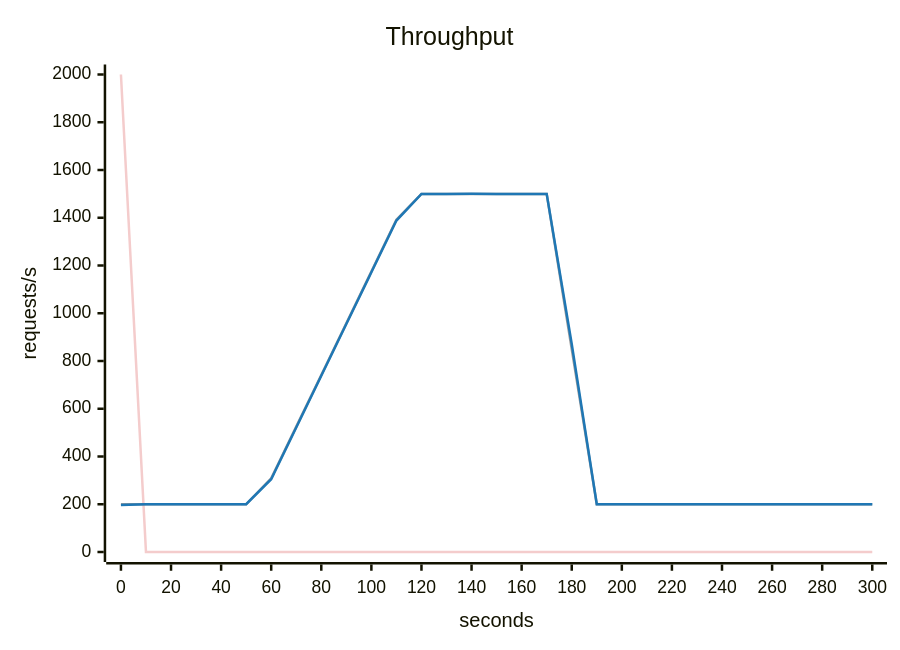
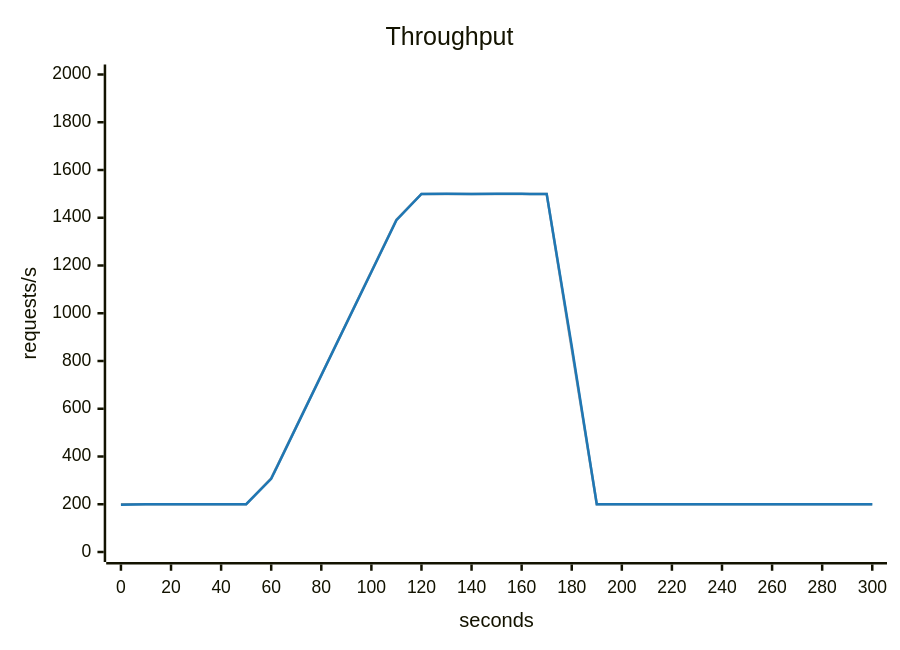
The second of 5 diagrams in scenarios/flash-sale/solutions/queue-the-orders/report.md (akinfemi/load-lore), drawn with Mermaid before and after one commit. The commit also changed other lines of this file and 125 other files, not shown here.

````diff
--- a/scenarios/flash-sale/solutions/queue-the-orders/report.md
+++ b/scenarios/flash-sale/solutions/queue-the-orders/report.md
@@ -42,16 +42,15 @@
 ```mermaid
 ---
 config:
   themeVariables:
     xyChart:
       backgroundColor: "transparent"
-      plotColorPalette: "#f4cccc, #9e9e9e, #1f77b4"
+      plotColorPalette: "#9e9e9e, #1f77b4"
 ---
 xychart-beta
     title "Throughput"
     x-axis "seconds" 0 --> 300
     y-axis "requests/s" 0 --> 2000
-    line [2000, 0, 0, 0, 0, 0, 0, 0, 0, 0, 0, 0, 0, 0, 0, 0, 0, 0, 0, 0, 0, 0, 0, 0, 0, 0, 0, 0, 0, 0, 0]
     line [200, 200, 200, 200, 200, 200, 308.333, 525, 741.667, 958.333, 1175, 1391.667, 1500, 1500, 1500, 1500, 1500, 1500, 850, 200, 200, 200, 200, 200, 200, 200, 200, 200, 200, 200, 200]
-    line [196.837, 200.003, 199.922, 200.189, 199.845, 199.986, 304.849, 521.481, 738.159, 954.774, 1171.444, 1388.226, 1499.838, 1499.991, 1500.144, 1499.852, 1499.971, 1499.992, 871.149, 200.115, 200.081, 199.994, 199.967, 199.963, 200.023, 200.009, 199.978, 199.99, 200.004, 200.408, 199.579]
+    line [198.14, 200.019, 200.042, 199.825, 200.119, 200.041, 306.258, 522.909, 739.633, 956.425, 1172.909, 1389.543, 1499.936, 1500.035, 1499.848, 1500.065, 1500.017, 1499.744, 862.726, 199.889, 199.993, 200.003, 200.001, 200.032, 200.002, 199.987, 200.058, 200.021, 199.92, 200.147, 199.841]
 ```
````
